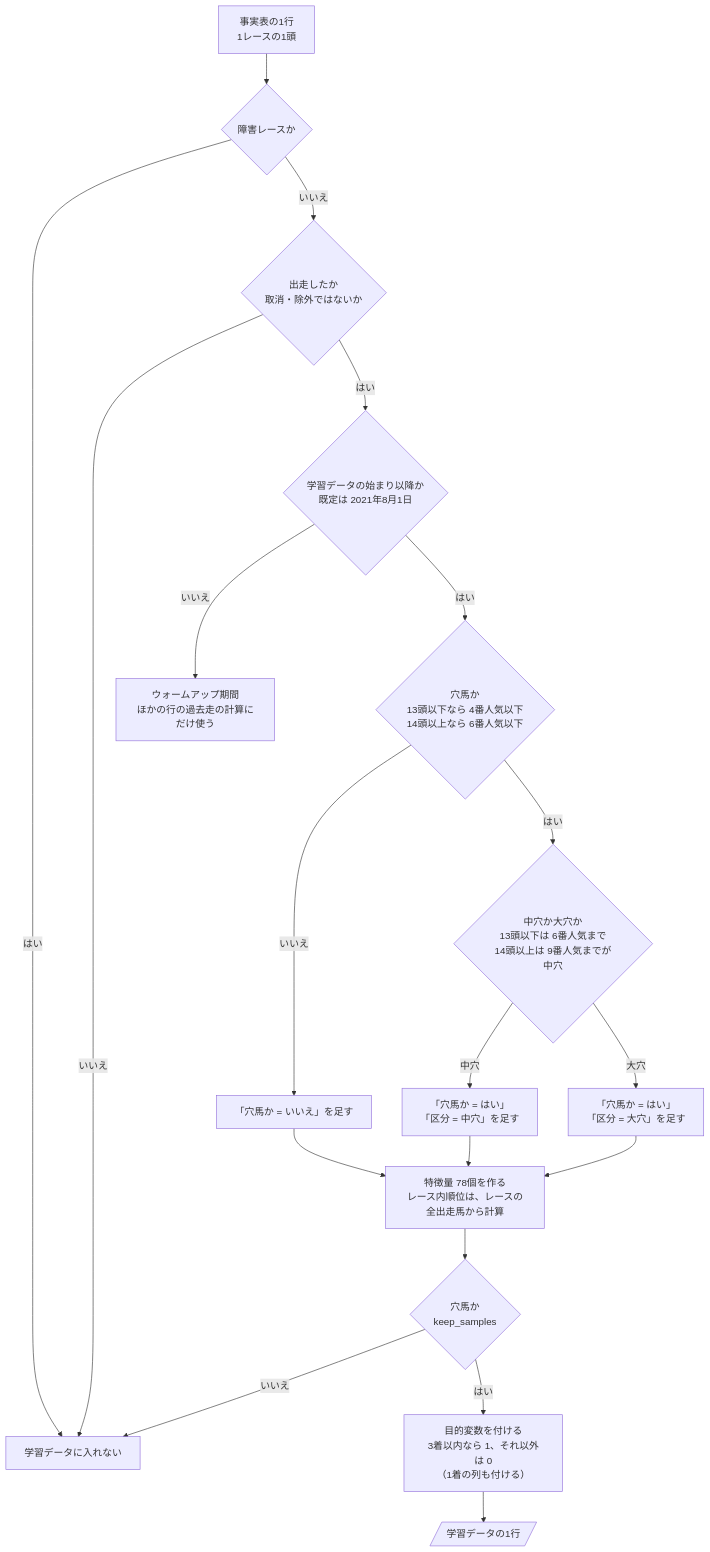
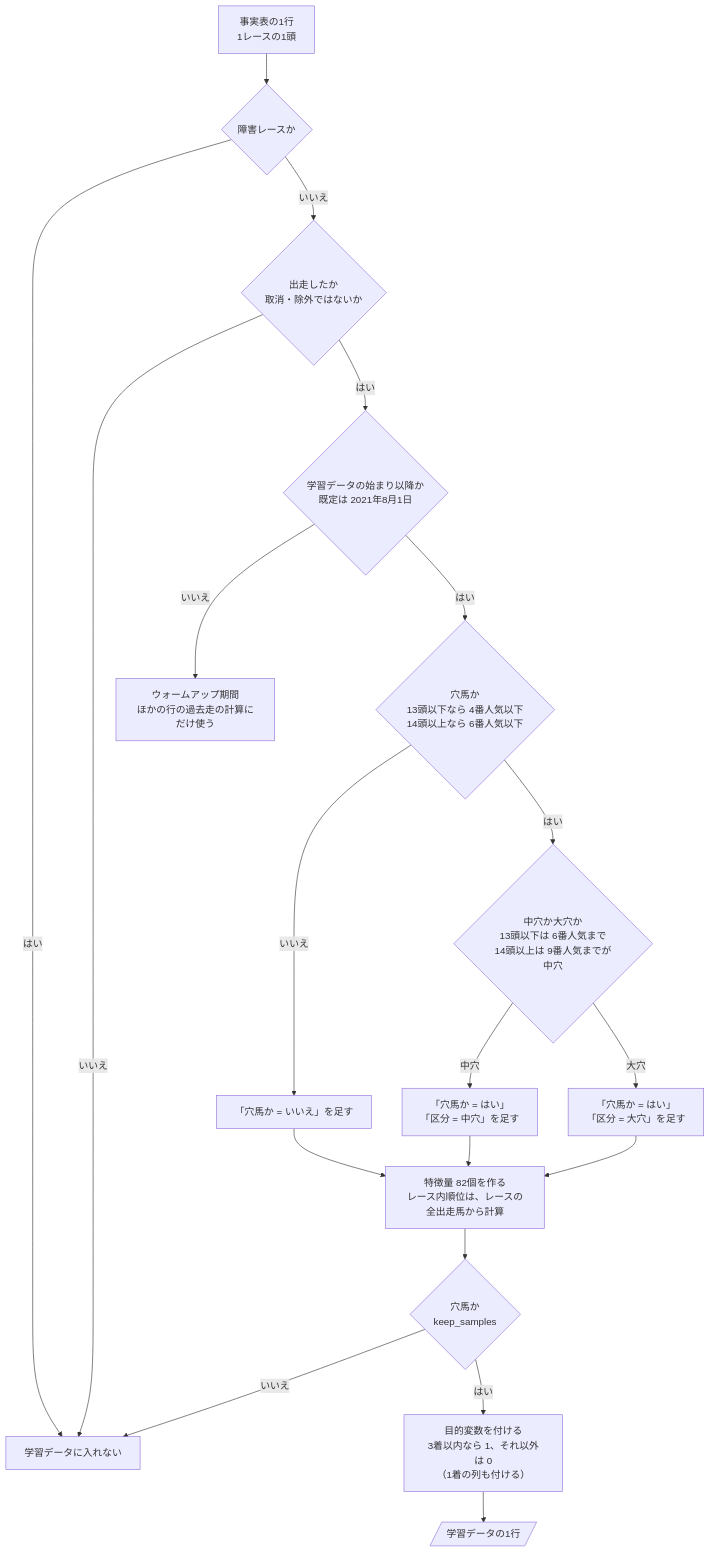
The first of 2 diagrams in docs/design/穴馬が3着以内に入るかを予想/06-flowchart.md (ht-0328/keiba-yosou), drawn with Mermaid before and after one commit. The commit also changed other lines of this file and 28 other files, not shown here.

````diff
--- a/docs/design/穴馬が3着以内に入るかを予想/06-flowchart.md
+++ b/docs/design/穴馬が3着以内に入るかを予想/06-flowchart.md
@@ -16,21 +16,21 @@
 ```mermaid
 flowchart TD
     S["事実表の1行<br>1レースの1頭"] --> Q1{"障害レースか"}
     Q1 -->|はい| X["学習データに入れない"]
     Q1 -->|いいえ| Q2{"出走したか<br>取消・除外ではないか"}
     Q2 -->|いいえ| X
     Q2 -->|はい| Q3{"学習データの始まり以降か<br>既定は 2021年8月1日"}
     Q3 -->|いいえ| WU["ウォームアップ期間<br>ほかの行の過去走の計算にだけ使う"]
     Q3 -->|はい| Q4{"穴馬か<br>13頭以下なら 4番人気以下<br>14頭以上なら 6番人気以下"}
     Q4 -->|いいえ| N["「穴馬か = いいえ」を足す"]
     Q4 -->|はい| Q5{"中穴か大穴か<br>13頭以下は 6番人気まで<br>14頭以上は 9番人気までが中穴"}
     Q5 -->|中穴| YM["「穴馬か = はい」<br>「区分 = 中穴」を足す"]
     Q5 -->|大穴| YB["「穴馬か = はい」<br>「区分 = 大穴」を足す"]
-    N --> F["特徴量 78個を作る<br>レース内順位は、レースの全出走馬から計算"]
+    N --> F["特徴量 82個を作る<br>レース内順位は、レースの全出走馬から計算"]
     YM --> F
     YB --> F
     F --> Q6{"穴馬か<br>keep_samples"}
     Q6 -->|いいえ| X
     Q6 -->|はい| T["目的変数を付ける<br>3着以内なら 1、それ以外は 0<br>（1着の列も付ける）"]
     T --> R[/"学習データの1行"/]
 ```
````
